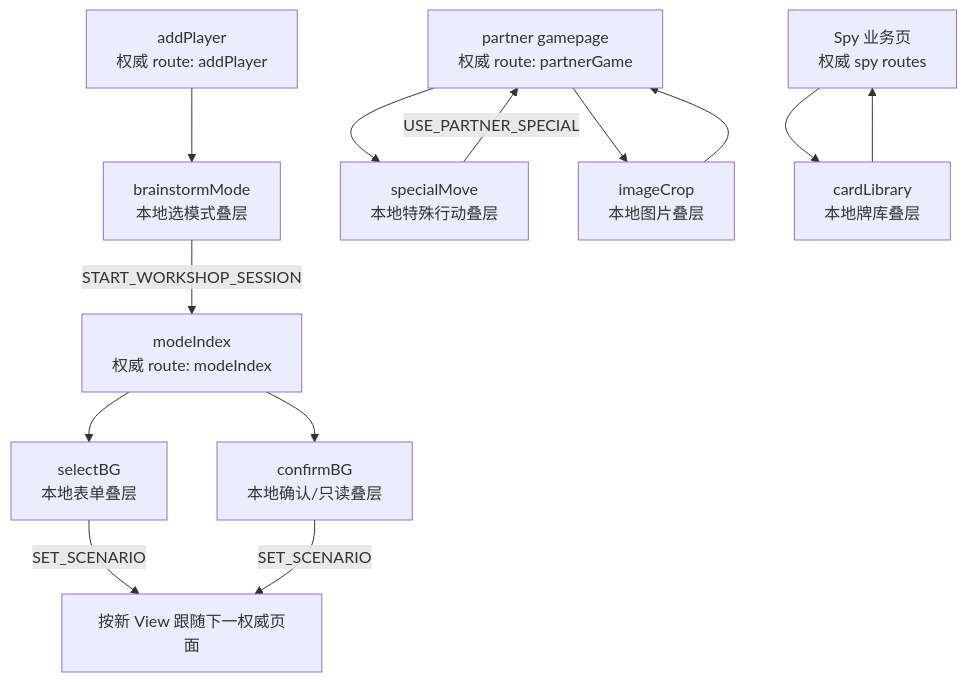
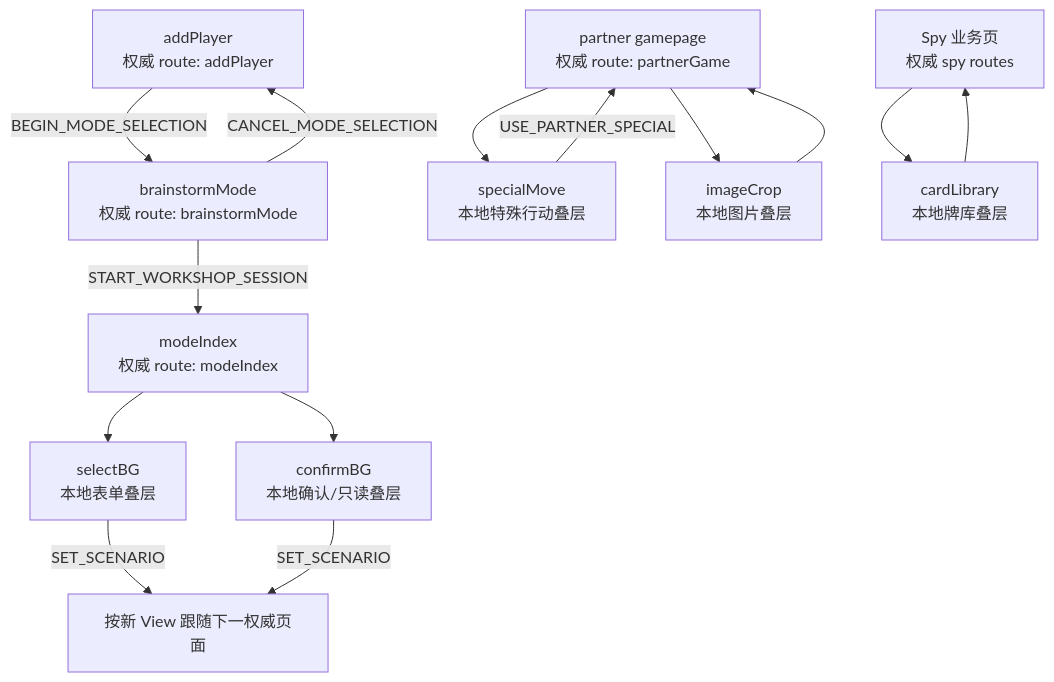
One commit to Bubble-419/cardboard-miniprogram changed the third of 19 diagrams in docs/ROOM_BUSINESS_FLOWS.md. Above: the diagram before and after it, drawn with Mermaid. The commit also changed other lines of this file and 21 other files, not shown here.

Commit message:
fix: sync mode selection waiting route

````diff
--- a/docs/ROOM_BUSINESS_FLOWS.md
+++ b/docs/ROOM_BUSINESS_FLOWS.md
@@ -111,21 +117,22 @@
 ```mermaid
 flowchart TD
   LOBBY[addPlayer<br/>权威 route: addPlayer]
-  MODE_PICK[brainstormMode<br/>本地选模式叠层]
+  MODE_PICK[brainstormMode<br/>权威 route: brainstormMode]
   SCENE[modeIndex<br/>权威 route: modeIndex]
   SCENE_FORM[selectBG<br/>本地表单叠层]
   SCENE_CONFIRM[confirmBG<br/>本地确认/只读叠层]
   PARTNER[partner gamepage<br/>权威 route: partnerGame]
   SPECIAL[specialMove<br/>本地特殊行动叠层]
   CROP[imageCrop<br/>本地图片叠层]
   SPY[Spy 业务页<br/>权威 spy routes]
   LIB[cardLibrary<br/>本地牌库叠层]
 
-  LOBBY --> MODE_PICK
+  LOBBY -->|BEGIN_MODE_SELECTION| MODE_PICK
+  MODE_PICK -->|CANCEL_MODE_SELECTION| LOBBY
   MODE_PICK -->|START_WORKSHOP_SESSION| SCENE
   SCENE --> SCENE_FORM -->|SET_SCENARIO| NEXT[按新 View 跟随下一权威页面]
   SCENE --> SCENE_CONFIRM -->|SET_SCENARIO| NEXT
   PARTNER --> SPECIAL -->|USE_PARTNER_SPECIAL| PARTNER
   PARTNER --> CROP --> PARTNER
   SPY --> LIB --> SPY
 ```
````
